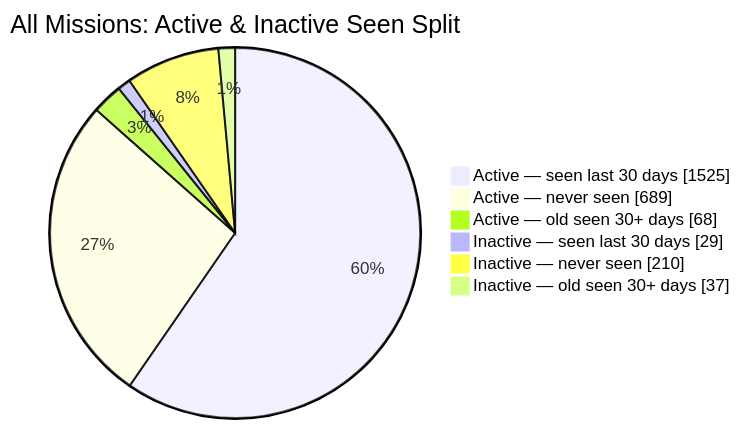
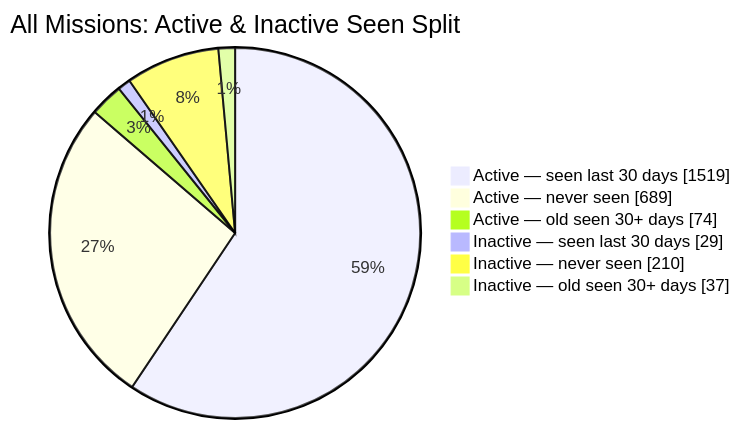
One commit to MeldkamerspelGameTeam/active-missions changed the second of 2 diagrams in README.md. Above: the diagram before and after it, drawn with Mermaid. The commit also changed other lines of this file and 2 other files, not shown here.

````diff
--- a/README.md
+++ b/README.md
@@ -44,10 +44,10 @@
 ```mermaid
 pie showData
     title All Missions: Active & Inactive Seen Split
-    "Active — seen last 30 days" : 1525
+    "Active — seen last 30 days" : 1519
     "Active — never seen" : 689
-    "Active — old seen 30+ days" : 68
+    "Active — old seen 30+ days" : 74
     "Inactive — seen last 30 days" : 29
     "Inactive — never seen" : 210
     "Inactive — old seen 30+ days" : 37
 ```
````
